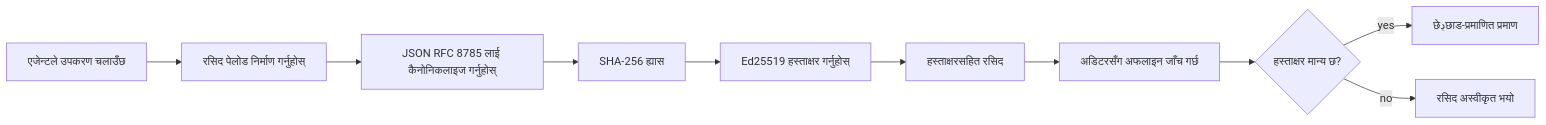
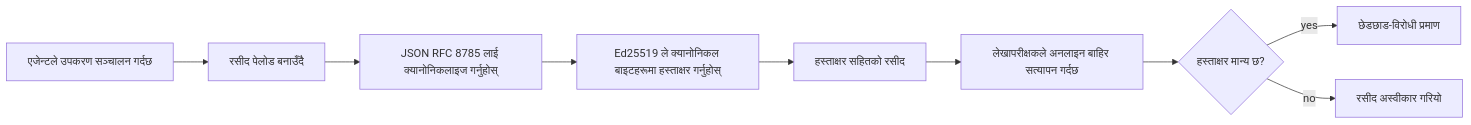
Before and after one commit to microsoft/ai-agents-for-beginners: the first of 2 diagrams in translations/ne/18-securing-ai-agents/README.md, drawn with Mermaid. The commit also changed other lines of this file and 45 other files, not shown here.

````diff
--- a/translations/ne/18-securing-ai-agents/README.md
+++ b/translations/ne/18-securing-ai-agents/README.md
@@ -51,12 +51,11 @@
 ```mermaid
 flowchart LR
-    A[एजेन्टले उपकरण चलाउँछ] --> B[रसिद पेलोड निर्माण गर्नुहोस्]
-    B --> C[JSON RFC 8785 लाई कैनोनिकलाइज गर्नुहोस्]
-    C --> D[SHA-256 ह्यास]
-    D --> E[Ed25519 हस्ताक्षर गर्नुहोस्]
-    E --> F[हस्ताक्षरसहित रसिद]
-    F --> G[अडिटरसँग अफलाइन जाँच गर्छ]
+    A[एजेन्टले उपकरण सञ्चालन गर्दछ] --> B[रसीद पेलोड बनाउँदै]
+    B --> C[JSON RFC 8785 लाई क्यानोनिकलाइज गर्नुहोस्]
+    C --> E[Ed25519 ले क्यानोनिकल बाइटहरूमा हस्ताक्षर गर्नुहोस्]
+    E --> F[हस्ताक्षर सहितको रसीद]
+    F --> G[लेखापरीक्षकले अनलाइन बाहिर सत्यापन गर्दछ]
     G --> H{हस्ताक्षर मान्य छ?}
-    H -- yes --> I[छेڊछाड-प्रमाणित प्रमाण]
-    H -- no --> J[रसिद अस्वीकृत भयो]
+    H -- yes --> I[छेडछाड-विरोधी प्रमाण]
+    H -- no --> J[रसीद अस्वीकार गरियो]
 ```
````
